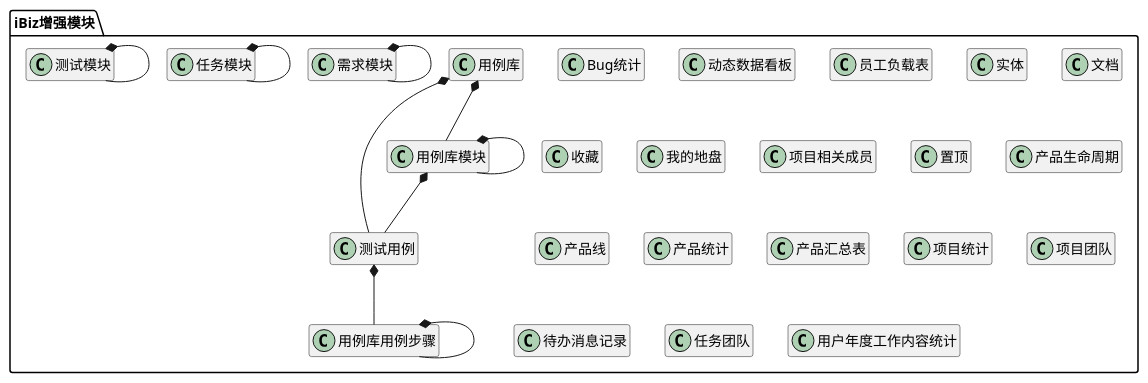
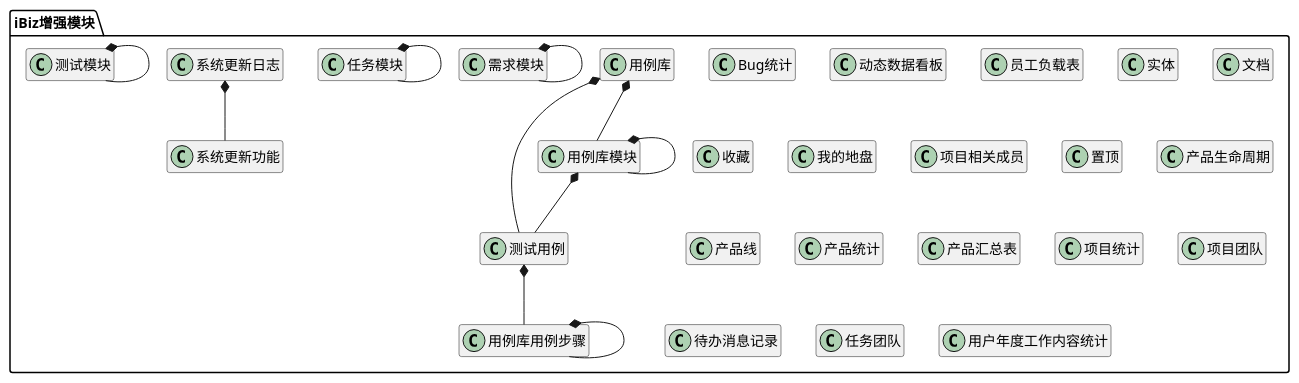
The diagram in ibizpms-docs/src/main/doc/v1/module/ibiz.md (zj335841911/nt_chandao), drawn with PlantUML before and after one commit. The commit also changed other lines of this file and 178 other files, not shown here.

```diff
--- a/ibizpms-docs/src/main/doc/v1/module/ibiz.md
+++ b/ibizpms-docs/src/main/doc/v1/module/ibiz.md
@@ -73,6 +73,12 @@
 class 项目团队 {
 }
 
+class 系统更新功能 {
+}
+
+class 系统更新日志 {
+}
+
 class 待办消息记录 {
 }
 
@@ -113,6 +119,9 @@
 测试模块 *-- 测试模块 
 
 
+系统更新日志 *-- 系统更新功能 
+
+
 
 }
 
```
